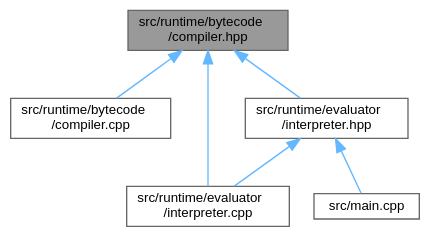
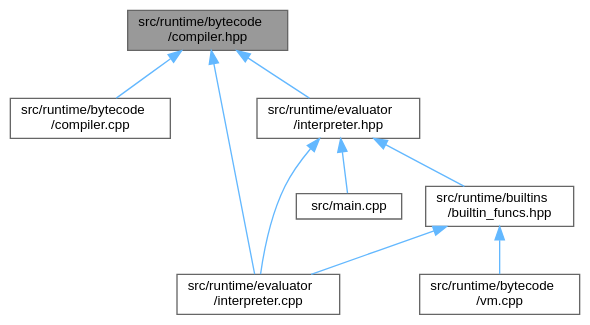
One commit to kejunp/kejunp.github.io changed the diagram in pebbl/docs/compiler_8hpp__dep__incl.dot. Above: the diagram before and after it, drawn with Graphviz. The commit also changed 49 other files, not shown here.

```diff
--- a/pebbl/docs/compiler_8hpp__dep__incl.dot
+++ b/pebbl/docs/compiler_8hpp__dep__incl.dot
@@ -1,17 +1,22 @@
 digraph "src/runtime/bytecode/compiler.hpp"
 {
  // LATEX_PDF_SIZE
   bgcolor="transparent";
   edge [fontname=Helvetica,fontsize=10,labelfontname=Helvetica,labelfontsize=10];
   node [fontname=Helvetica,fontsize=10,shape=box,height=0.2,width=0.4];
   Node1 [id="Node000001",label="src/runtime/bytecode\l/compiler.hpp",height=0.2,width=0.4,color="gray40", fillcolor="grey60", style="filled", fontcolor="black",tooltip="AST to bytecode compiler for the PEBBL language."];
   Node1 -> Node2 [id="edge1_Node000001_Node000002",dir="back",color="steelblue1",style="solid",tooltip=" "];
   Node2 [id="Node000002",label="src/runtime/bytecode\l/compiler.cpp",height=0.2,width=0.4,color="grey40", fillcolor="white", style="filled",URL="$compiler_8cpp.html",tooltip="Implementation of the AST to bytecode compiler."];
   Node1 -> Node3 [id="edge2_Node000001_Node000003",dir="back",color="steelblue1",style="solid",tooltip=" "];
   Node3 [id="Node000003",label="src/runtime/evaluator\l/interpreter.cpp",height=0.2,width=0.4,color="grey40", fillcolor="white", style="filled",URL="$interpreter_8cpp.html",tooltip="Implementation of the main interpreter."];
   Node1 -> Node4 [id="edge3_Node000001_Node000004",dir="back",color="steelblue1",style="solid",tooltip=" "];
   Node4 [id="Node000004",label="src/runtime/evaluator\l/interpreter.hpp",height=0.2,width=0.4,color="grey40", fillcolor="white", style="filled",URL="$interpreter_8hpp.html",tooltip="Main interpreter/evaluator for executing PEBBL AST."];
   Node4 -> Node5 [id="edge4_Node000004_Node000005",dir="back",color="steelblue1",style="solid",tooltip=" "];
   Node5 [id="Node000005",label="src/main.cpp",height=0.2,width=0.4,color="grey40", fillcolor="white", style="filled",URL="$main_8cpp.html",tooltip="Main entry point for the PEBBL language interpreter."];
-  Node4 -> Node3 [id="edge5_Node000004_Node000003",dir="back",color="steelblue1",style="solid",tooltip=" "];
+  Node4 -> Node6 [id="edge5_Node000004_Node000006",dir="back",color="steelblue1",style="solid",tooltip=" "];
+  Node6 [id="Node000006",label="src/runtime/builtins\l/builtin_funcs.hpp",height=0.2,width=0.4,color="grey40", fillcolor="white", style="filled",URL="$builtin__funcs_8hpp.html",tooltip="Implementation of all PEBBL builtin functions."];
+  Node6 -> Node7 [id="edge6_Node000006_Node000007",dir="back",color="steelblue1",style="solid",tooltip=" "];
+  Node7 [id="Node000007",label="src/runtime/bytecode\l/vm.cpp",height=0.2,width=0.4,color="grey40", fillcolor="white", style="filled",URL="$vm_8cpp.html",tooltip="Implementation of the PEBBL virtual machine."];
+  Node6 -> Node3 [id="edge7_Node000006_Node000003",dir="back",color="steelblue1",style="solid",tooltip=" "];
+  Node4 -> Node3 [id="edge8_Node000004_Node000003",dir="back",color="steelblue1",style="solid",tooltip=" "];
 }
```
